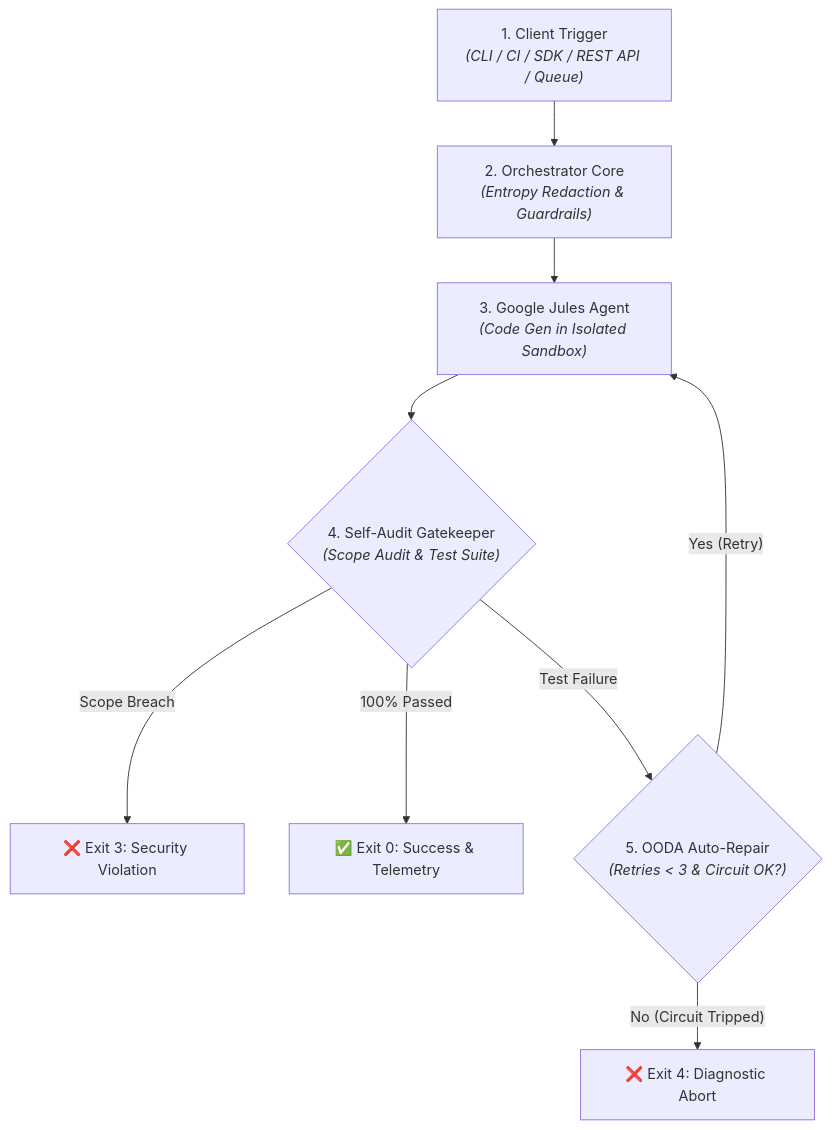
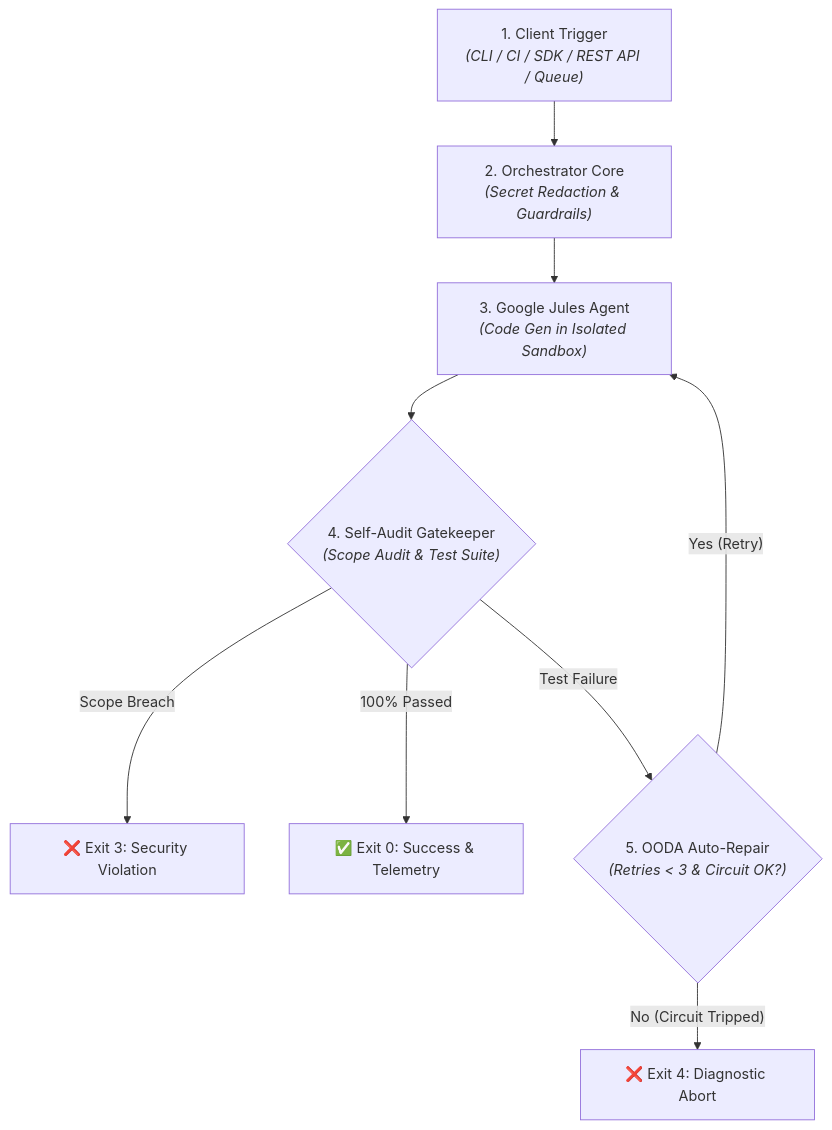
The second of 3 diagrams in README.md (FullThrottle83/jules-orchestrator-kit), drawn with Mermaid before and after one commit.

Commit message:
docs: update flowchart label to Secret Redaction

````diff
--- a/README.md
+++ b/README.md
@@ -89,11 +89,11 @@
 ```mermaid
 graph TD
-    A["1. Client Trigger<br/><i>(CLI / CI / SDK / REST API / Queue)</i>"] --> B["2. Orchestrator Core<br/><i>(Entropy Redaction & Guardrails)</i>"]
+    A["1. Client Trigger<br/><i>(CLI / CI / SDK / REST API / Queue)</i>"] --> B["2. Orchestrator Core<br/><i>(Secret Redaction & Guardrails)</i>"]
     B --> C["3. Google Jules Agent<br/><i>(Code Gen in Isolated Sandbox)</i>"]
     C --> D{"4. Self-Audit Gatekeeper<br/><i>(Scope Audit & Test Suite)</i>"}
     D -- "Scope Breach" --> E["❌ Exit 3: Security Violation"]
     D -- "100% Passed" --> F["✅ Exit 0: Success & Telemetry"]
     D -- "Test Failure" --> G{"5. OODA Auto-Repair<br/><i>(Retries < 3 & Circuit OK?)</i>"}
     G -- "Yes (Retry)" --> C
     G -- "No (Circuit Tripped)" --> H["❌ Exit 4: Diagnostic Abort"]
 ```
````
